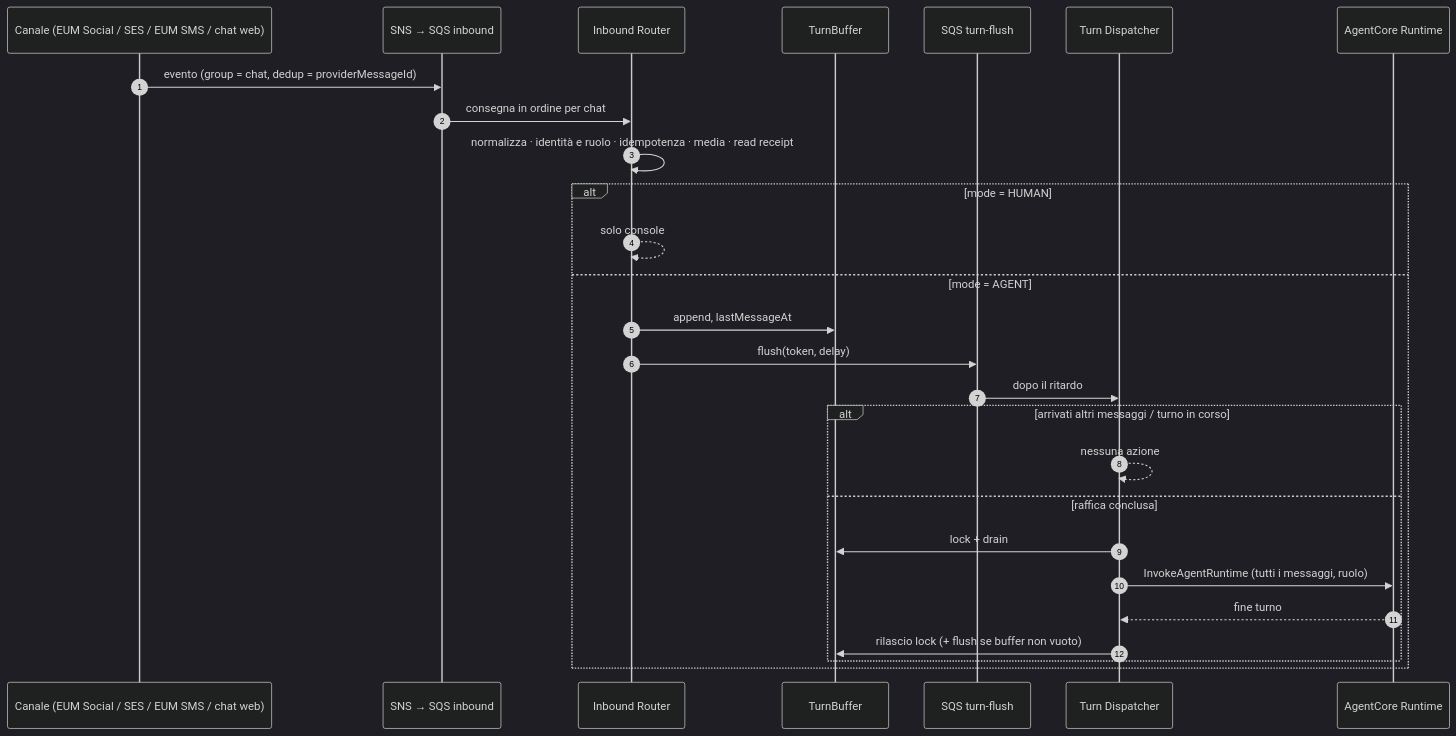
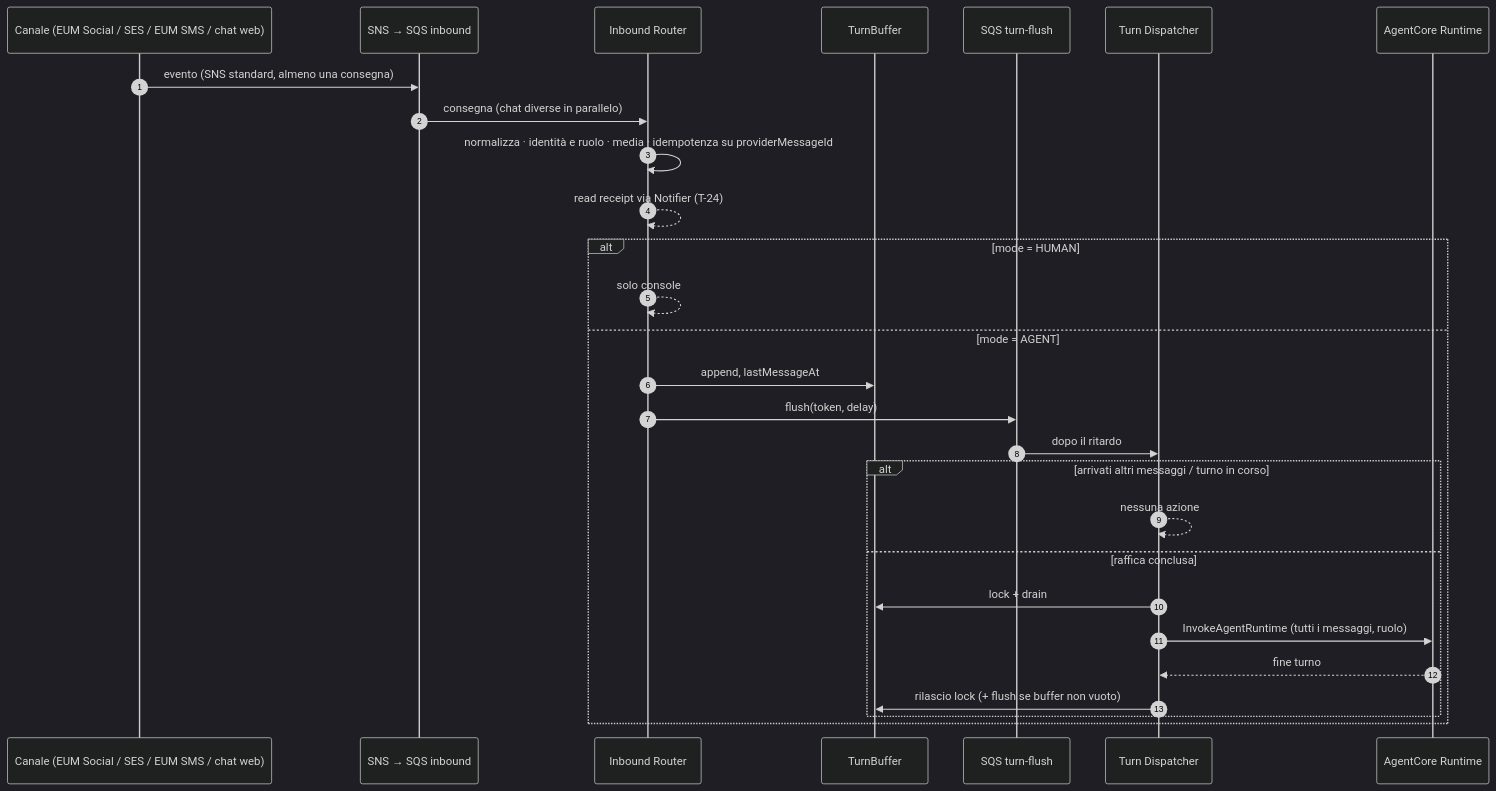
Before and after one commit to besharpsrl/aws-cds-hackathon-2026-suppliagent: the third of 3 diagrams in docs/02_TECHNICAL_FLOWS.md, drawn with Mermaid (dark theme). The commit also changed other lines of this file and 19 other files, not shown here.

````diff
--- a/docs/02_TECHNICAL_FLOWS.md
+++ b/docs/02_TECHNICAL_FLOWS.md
@@ -79,29 +79,30 @@
 ```mermaid
 sequenceDiagram
     autonumber
     participant CH as Canale (EUM Social / SES / EUM SMS / chat web)
     participant Q as SNS → SQS inbound
     participant R as Inbound Router
     participant B as TurnBuffer
     participant FQ as SQS turn-flush
     participant D as Turn Dispatcher
     participant A as AgentCore Runtime
-    CH->>Q: evento (group = chat, dedup = providerMessageId)
-    Q->>R: consegna in ordine per chat
-    R->>R: normalizza · identità e ruolo · idempotenza · media · read receipt
+    CH->>Q: evento (SNS standard, almeno una consegna)
+    Q->>R: consegna (chat diverse in parallelo)
+    R->>R: normalizza · identità e ruolo · media · idempotenza su providerMessageId
+    R-->>R: read receipt via Notifier (T-24)
     alt mode = HUMAN
         R-->>R: solo console
     else mode = AGENT
         R->>B: append, lastMessageAt
         R->>FQ: flush(token, delay)
         FQ->>D: dopo il ritardo
         alt arrivati altri messaggi / turno in corso
             D-->>D: nessuna azione
         else raffica conclusa
             D->>B: lock + drain
             D->>A: InvokeAgentRuntime (tutti i messaggi, ruolo)
             A-->>D: fine turno
             D->>B: rilascio lock (+ flush se buffer non vuoto)
         end
     end
 ```
````
